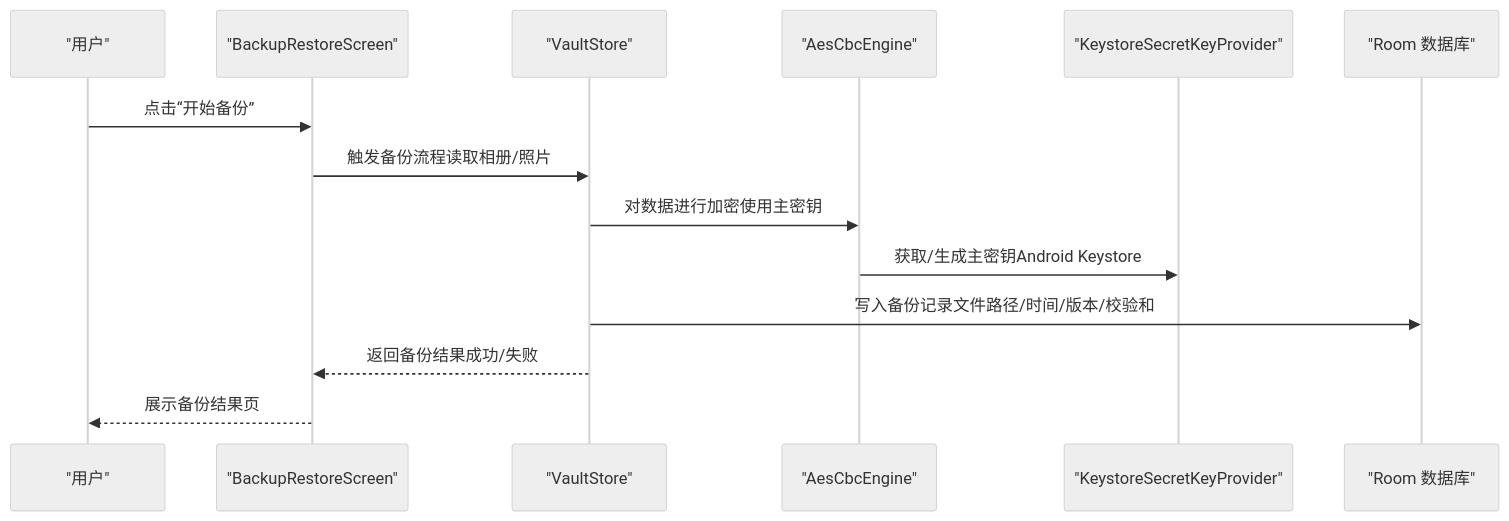
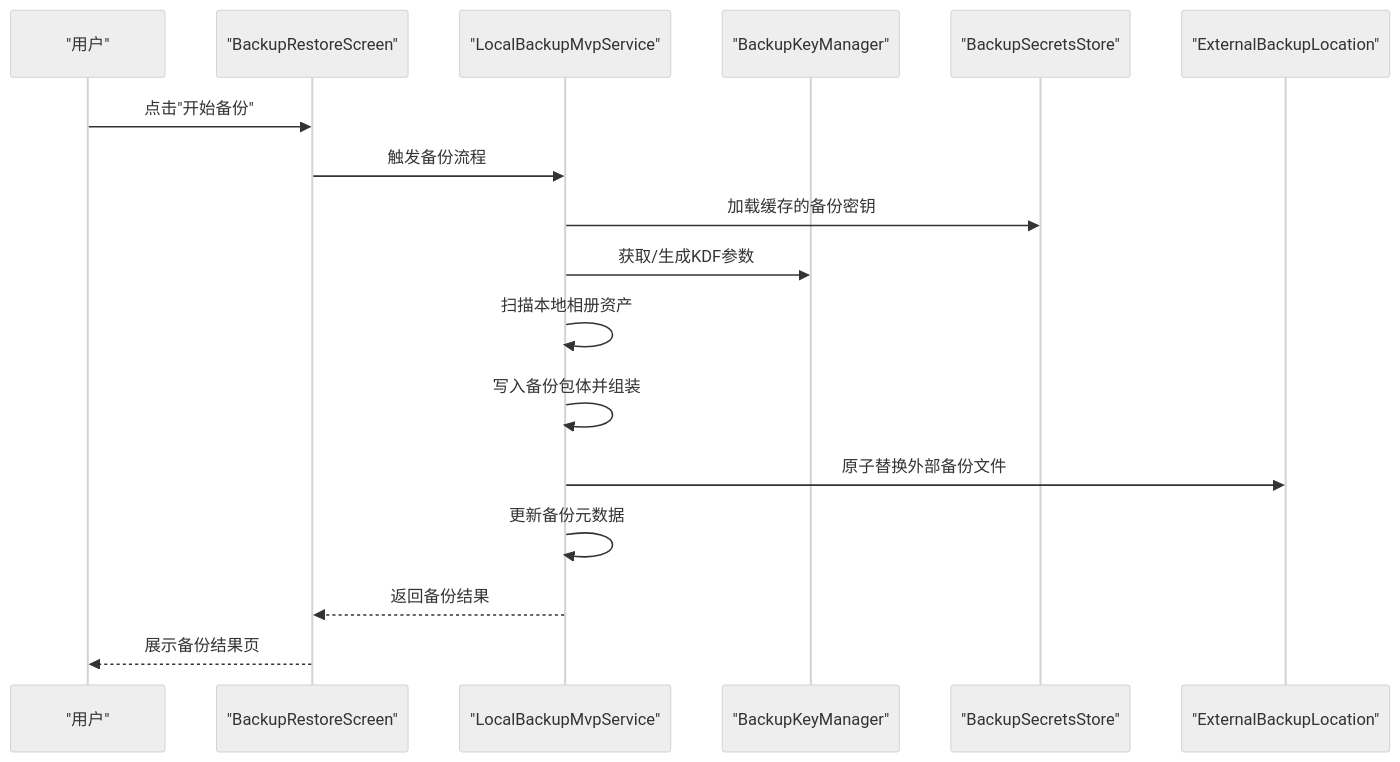
The second of 6 diagrams in .qoder/repowiki/zh/content/项目概述/核心功能特性/备份恢复系统.md (wanhongbo/ai-photo-vault), drawn with Mermaid (neutral theme) before and after one commit. The commit also changed other lines of this file and 22 other files, not shown here.

````diff
--- a/.qoder/repowiki/zh/content/项目概述/核心功能特性/备份恢复系统.md
+++ b/.qoder/repowiki/zh/content/项目概述/核心功能特性/备份恢复系统.md
@@ -115,16 +120,19 @@
 ```mermaid
 sequenceDiagram
 participant U as "用户"
 participant UI as "BackupRestoreScreen"
-participant VS as "VaultStore"
-participant ENC as "AesCbcEngine"
-participant KS as "KeystoreSecretKeyProvider"
-participant DB as "Room 数据库"
-U->>UI : 点击“开始备份”
-UI->>VS : 触发备份流程读取相册/照片
-VS->>ENC : 对数据进行加密使用主密钥
-ENC->>KS : 获取/生成主密钥Android Keystore
-VS->>DB : 写入备份记录文件路径/时间/版本/校验和
-VS-->>UI : 返回备份结果成功/失败
+participant LBM as "LocalBackupMvpService"
+participant BKM as "BackupKeyManager"
+participant BSS as "BackupSecretsStore"
+participant EBL as "ExternalBackupLocation"
+U->>UI : 点击"开始备份"
+UI->>LBM : 触发备份流程
+LBM->>BSS : 加载缓存的备份密钥
+LBM->>BKM : 获取/生成KDF参数
+LBM->>LBM : 扫描本地相册资产
+LBM->>LBM : 写入备份包体并组装
+LBM->>EBL : 原子替换外部备份文件
+LBM->>LBM : 更新备份元数据
+LBM-->>UI : 返回备份结果
 UI-->>U : 展示备份结果页
 ```
````
